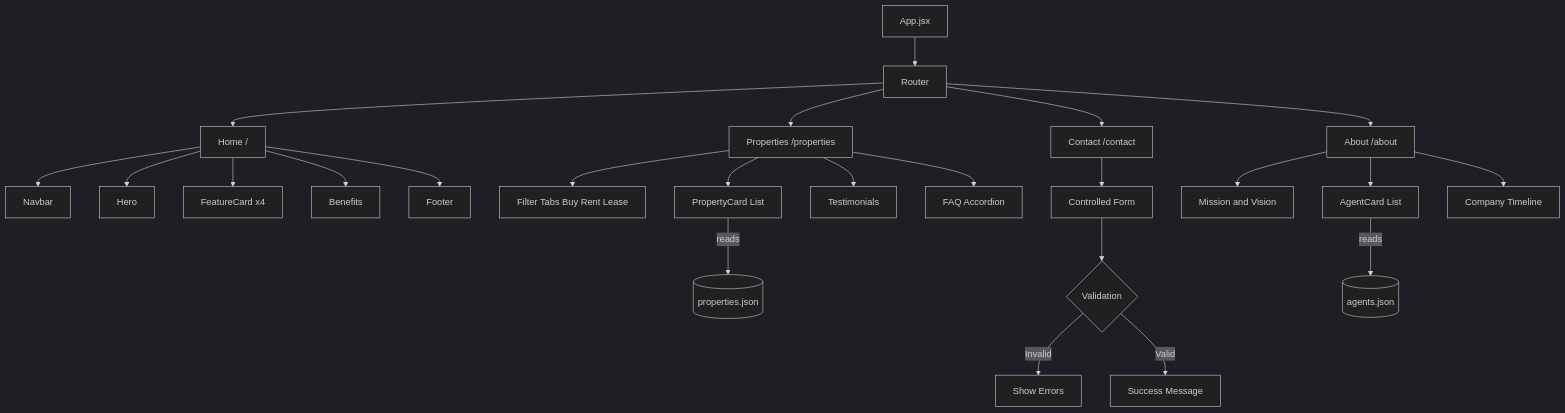
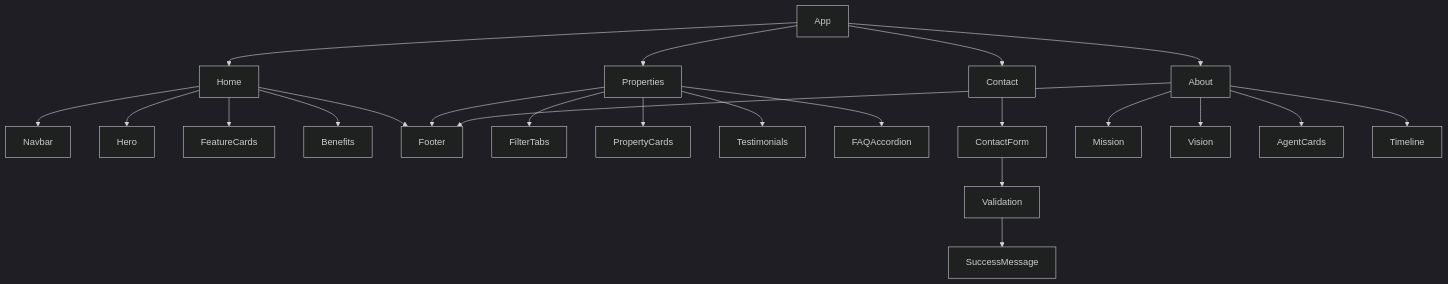
One commit to shortsays/HomeNest---The-Tech-Titans changed the diagram in README.md. Above: the diagram before and after it, drawn with Mermaid (dark theme). The commit also changed other lines of this file, not shown here.

````diff
--- a/README.md
+++ b/README.md
@@ -51,30 +104,30 @@
 ```mermaid
 flowchart TD
-    A[App.jsx] --> B[Router]
-    B --> C[Home /]
-    B --> D[Properties /properties]
-    B --> E[Contact /contact]
-    B --> F[About /about]
 
-    C --> C1[Navbar]
-    C --> C2[Hero]
-    C --> C3[FeatureCard x4]
-    C --> C4[Benefits]
-    C --> C5[Footer]
+App --> Home
+App --> Properties
+App --> Contact
+App --> About
 
-    D --> D1[Filter Tabs Buy Rent Lease]
-    D --> D2[PropertyCard List]
-    D --> D3[Testimonials]
-    D --> D4[FAQ Accordion]
-    D2 -- reads --> G[(properties.json)]
+Home --> Navbar
+Home --> Hero
+Home --> FeatureCards
+Home --> Benefits
+Home --> Footer
 
-    E --> E1[Controlled Form]
-    E1 --> E2{Validation}
-    E2 -- Invalid --> E3[Show Errors]
-    E2 -- Valid --> E4[Success Message]
+Properties --> FilterTabs
+Properties --> PropertyCards
+Properties --> Testimonials
+Properties --> FAQAccordion
+Properties --> Footer
 
-    F --> F1[Mission and Vision]
-    F --> F2[AgentCard List]
-    F --> F3[Company Timeline]
-    F2 -- reads --> H[(agents.json)]
+Contact --> ContactForm
+ContactForm --> Validation
+Validation --> SuccessMessage
+
+About --> Mission
+About --> Vision
+About --> AgentCards
+About --> Timeline
+About --> Footer
 ```
````
